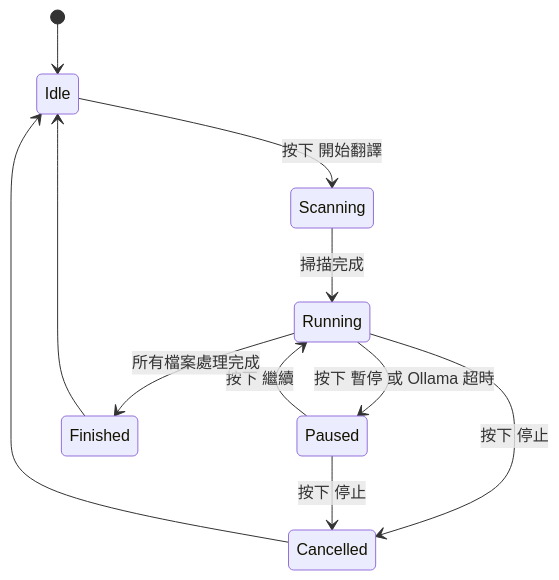
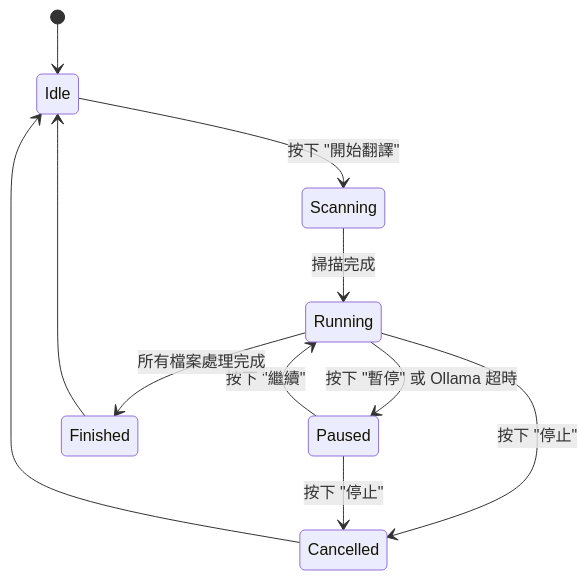
One commit to mn12345678910/mc_translator changed the diagram in docs/architecture/state_management.md. Above: the diagram before and after it, drawn with Mermaid. The commit also changed 4 other files, not shown here.

Commit message:
文件：還原 Mermaid 圖表語法至原始規格（渲染問題已透過插件解決）

````diff
--- a/docs/architecture/state_management.md
+++ b/docs/architecture/state_management.md
@@ -13,13 +13,13 @@
 ```mermaid
 stateDiagram-v2
     [*] --> Idle
-    Idle --> Scanning: 按下 開始翻譯
+    Idle --> Scanning: 按下 "開始翻譯"
     Scanning --> Running: 掃描完成
-    Running --> Paused: 按下 暫停 或 Ollama 超時
-    Paused --> Running: 按下 繼續
+    Running --> Paused: 按下 "暫停" 或 Ollama 超時
+    Paused --> Running: 按下 "繼續"
     Running --> Finished: 所有檔案處理完成
-    Running --> Cancelled: 按下 停止
-    Paused --> Cancelled: 按下 停止
+    Running --> Cancelled: 按下 "停止"
+    Paused --> Cancelled: 按下 "停止"
     Finished --> Idle
     Cancelled --> Idle
 ```
````
